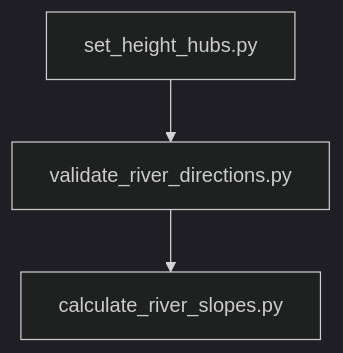
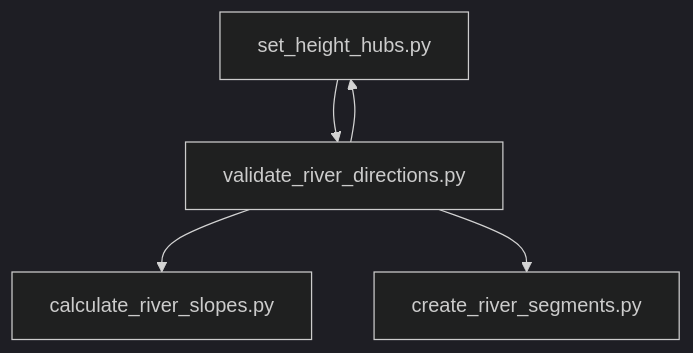
Before and after one commit to Simulation-of-Traffic-and-Transport/SiTT: the diagram in examples/README.md, drawn with Mermaid (dark theme). The commit also changed other lines of this file and 1 other file, not shown here.

Commit message:
Create segments scripts added.

````diff
--- a/examples/README.md
+++ b/examples/README.md
@@ -47,9 +49,12 @@
 ```mermaid
 flowchart TB
     
 HUBS[set_height_hubs.py]
 VALIDATE[validate_river_directions.py]
 SLOPES[calculate_river_slopes.py]
+SEGMENTS[create_river_segments.py]
 
 HUBS --> VALIDATE --> SLOPES
+VALIDATE --> HUBS
+VALIDATE --> SEGMENTS
 ```
````
